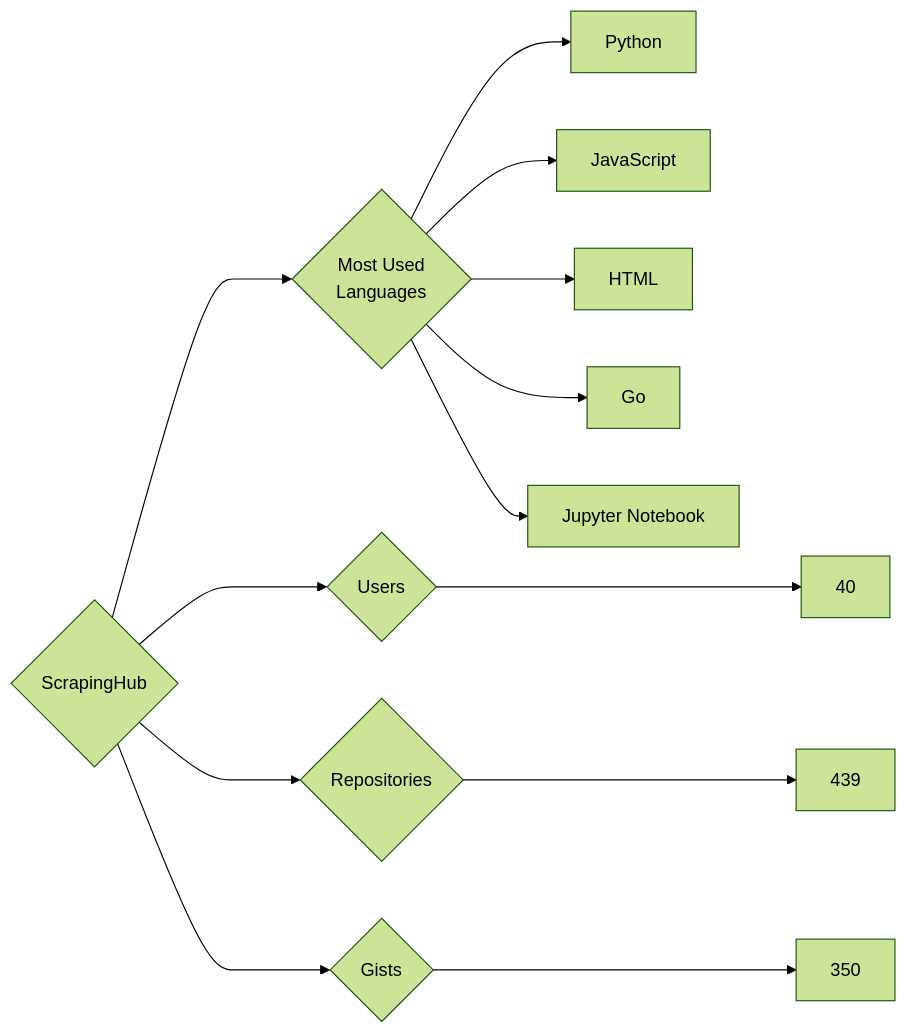
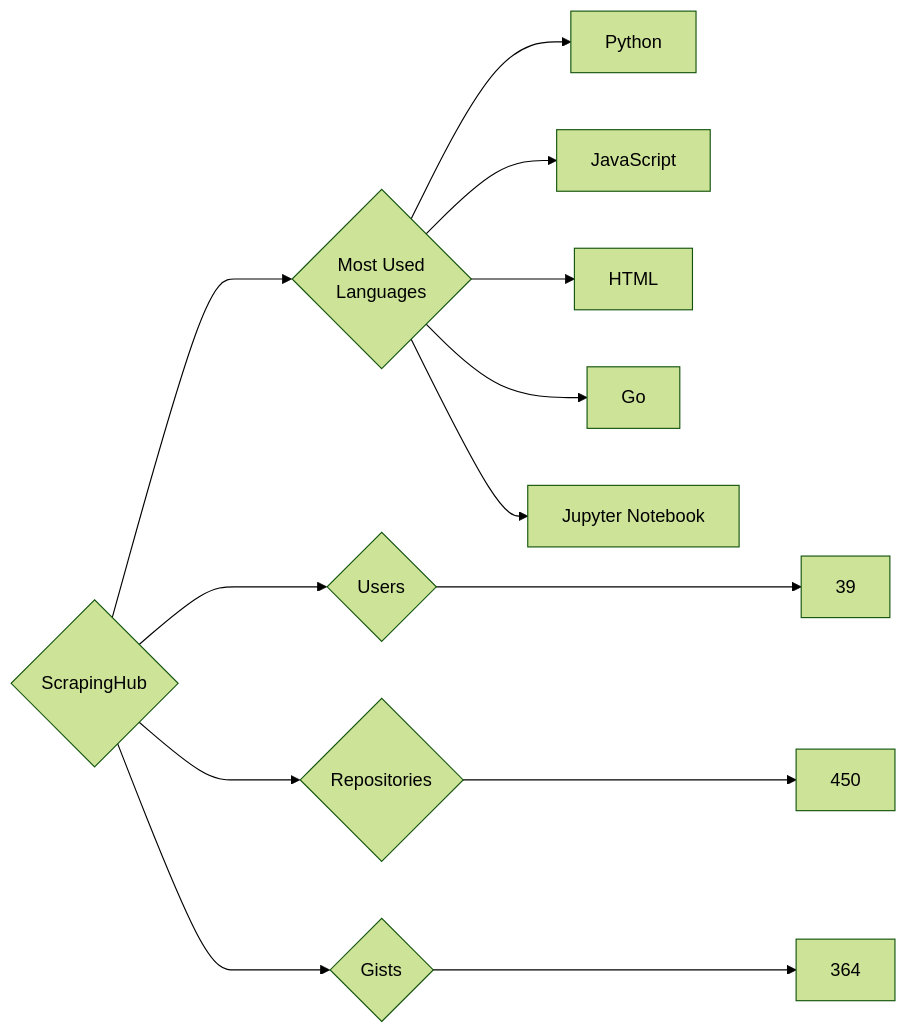
One commit to trickest/insiders changed the diagram in targets/ScrapingHub/README.md. Above: the diagram before and after it, drawn with Mermaid (forest theme). The commit also changed 1484 other files, not shown here.

````diff
--- a/targets/ScrapingHub/README.md
+++ b/targets/ScrapingHub/README.md
@@ -3,13 +3,13 @@
 ```mermaid
 graph LR
 COMPANY_NAME{ScrapingHub}
-COMPANY_NAME ---> U{Users} ---> UN[40]
-COMPANY_NAME ---> R{Repositories} ---> RN[439]
-COMPANY_NAME ---> G{Gists} ---> GN[350]
+COMPANY_NAME ---> U{Users} ---> UN[39]
+COMPANY_NAME ---> R{Repositories} ---> RN[450]
+COMPANY_NAME ---> G{Gists} ---> GN[364]
 COMPANY_NAME ---> ML{Most Used<br>Languages}
 ML --> Python[Python]
 ML --> JavaScript[JavaScript]
 ML --> HTML[HTML]
 ML --> Go[Go]
 ML --> Jupyter_Notebook[Jupyter Notebook]
 ```
````
